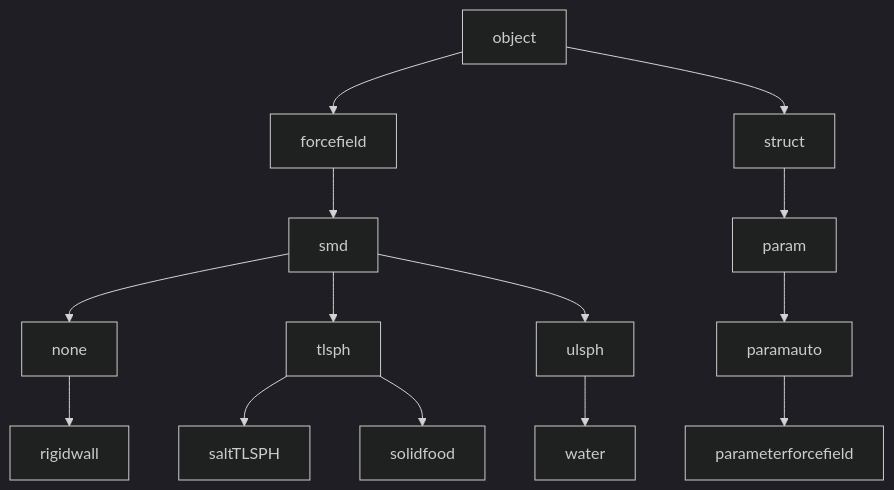
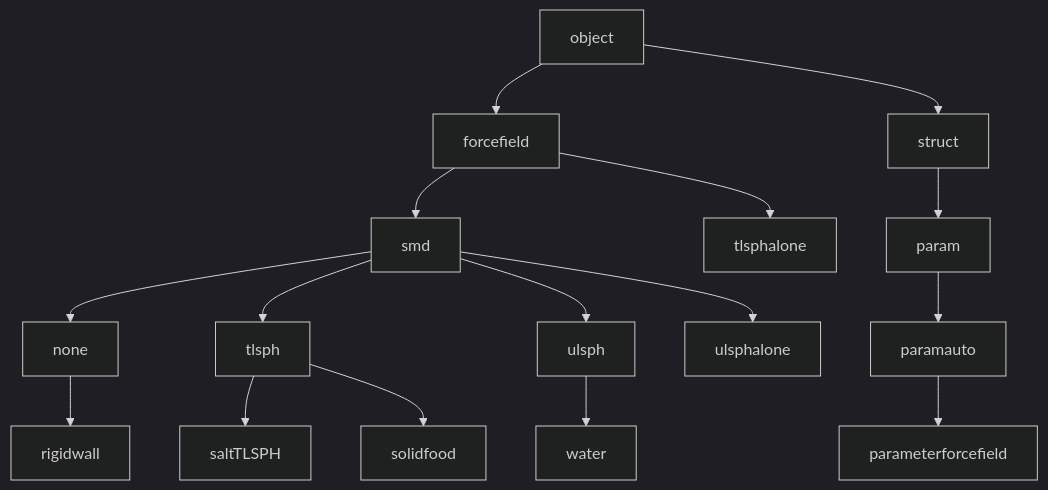
One commit to ovitrac/Pizza3 changed diagram 13 of 19 in docs/pizza_classes_documentation.md. Above: the diagram before and after it, drawn with Mermaid (dark theme). The commit also changed other lines of this file and 35 other files, not shown here.

````diff
--- a/docs/pizza_classes_documentation.md
+++ b/docs/pizza_classes_documentation.md
@@ -1131,29 +1137,33 @@
 ```mermaid
 graph TD;
 forcefield
 none
 param
 paramauto
 parameterforcefield
 rigidwall
 saltTLSPH
 smd
 solidfood
 struct
 tlsph
+tlsphalone
 ulsph
+ulsphalone
 water
 forcefield --> smd
+forcefield --> tlsphalone
 none --> rigidwall
 object --> forcefield
 object --> struct
 param --> paramauto
 paramauto --> parameterforcefield
 smd --> none
 smd --> tlsph
 smd --> ulsph
+smd --> ulsphalone
 struct --> param
 tlsph --> saltTLSPH
 tlsph --> solidfood
 ulsph --> water
 ```
````
